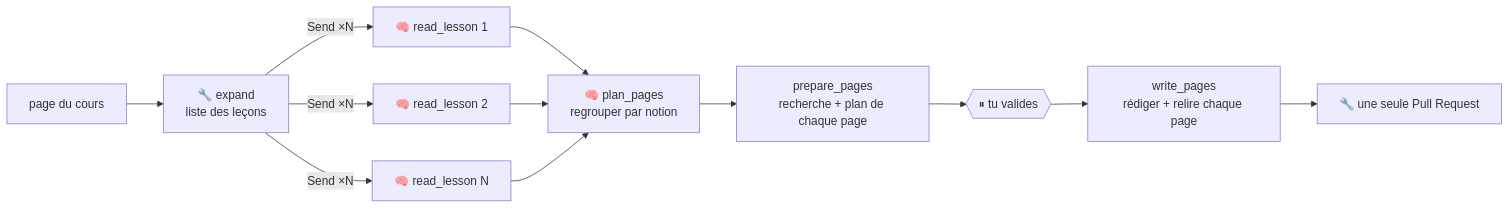
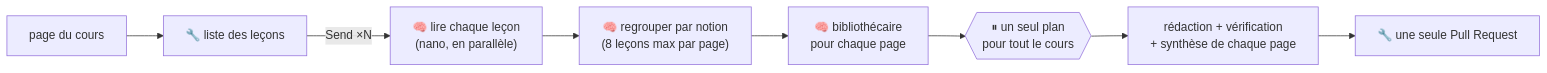
One commit to SalouaAifqui/carnet-ia changed the third of 3 diagrams in agent/README.md. Above: the diagram before and after it, drawn with Mermaid. The commit also changed other lines of this file and 18 other files, not shown here.

First line of the commit message:
Agent: new architecture, one role per step

````diff
--- a/agent/README.md
+++ b/agent/README.md
@@ -54,12 +132,10 @@
 ```mermaid
 flowchart LR
-    C[page du cours] --> E["🔧 expand<br/>liste des leçons"]
-    E -- "Send ×N" --> R1["🧠 read_lesson 1"]
-    E -- "Send ×N" --> R2["🧠 read_lesson 2"]
-    E -- "Send ×N" --> RN["🧠 read_lesson N"]
-    R1 & R2 & RN --> P["🧠 plan_pages<br/>regrouper par notion"]
-    P --> PP["prepare_pages<br/>recherche + plan de chaque page"]
-    PP --> H{{"⏸ tu valides"}}
-    H --> W["write_pages<br/>rédiger + relire chaque page"]
+    C[page du cours] --> E["🔧 liste des leçons"]
+    E -- "Send ×N" --> RL["🧠 lire chaque leçon<br/>(nano, en parallèle)"]
+    RL --> PP["🧠 regrouper par notion<br/>(8 leçons max par page)"]
+    PP --> LB["🧠 bibliothécaire<br/>pour chaque page"]
+    LB --> H{{"⏸ un seul plan<br/>pour tout le cours"}}
+    H --> W["rédaction + vérification<br/>+ synthèse de chaque page"]
     W --> PR["🔧 une seule Pull Request"]
 ```
````
